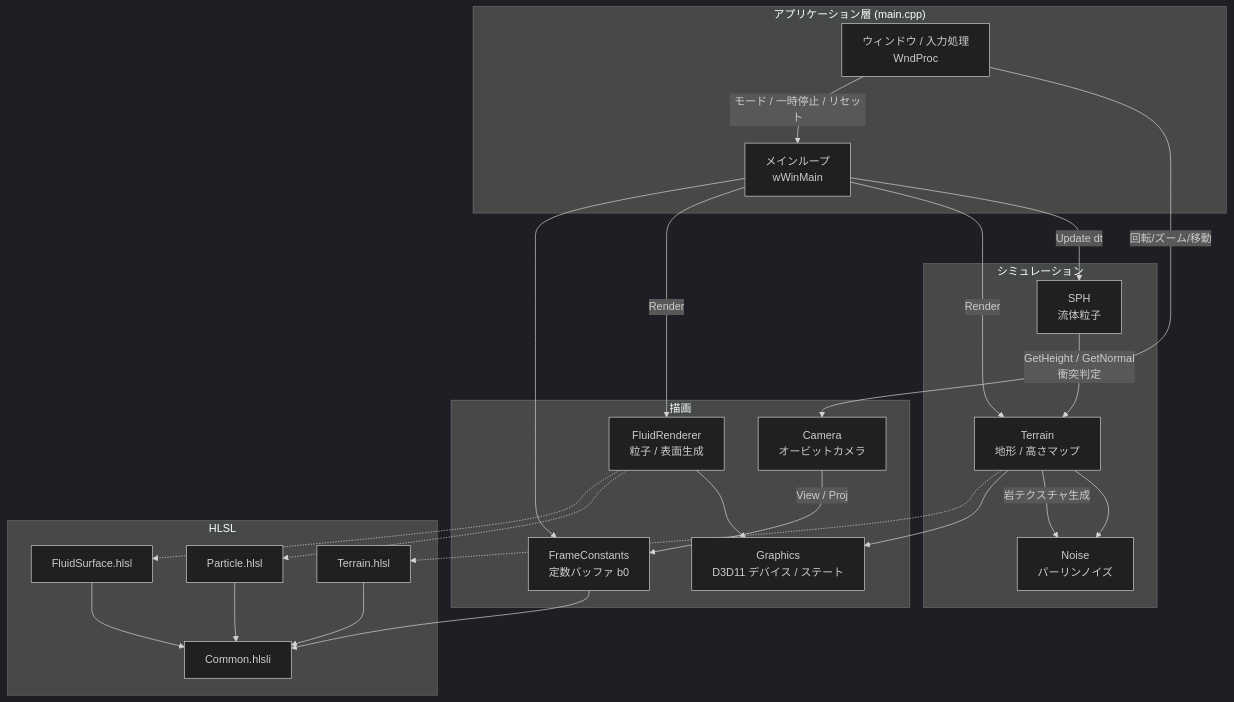
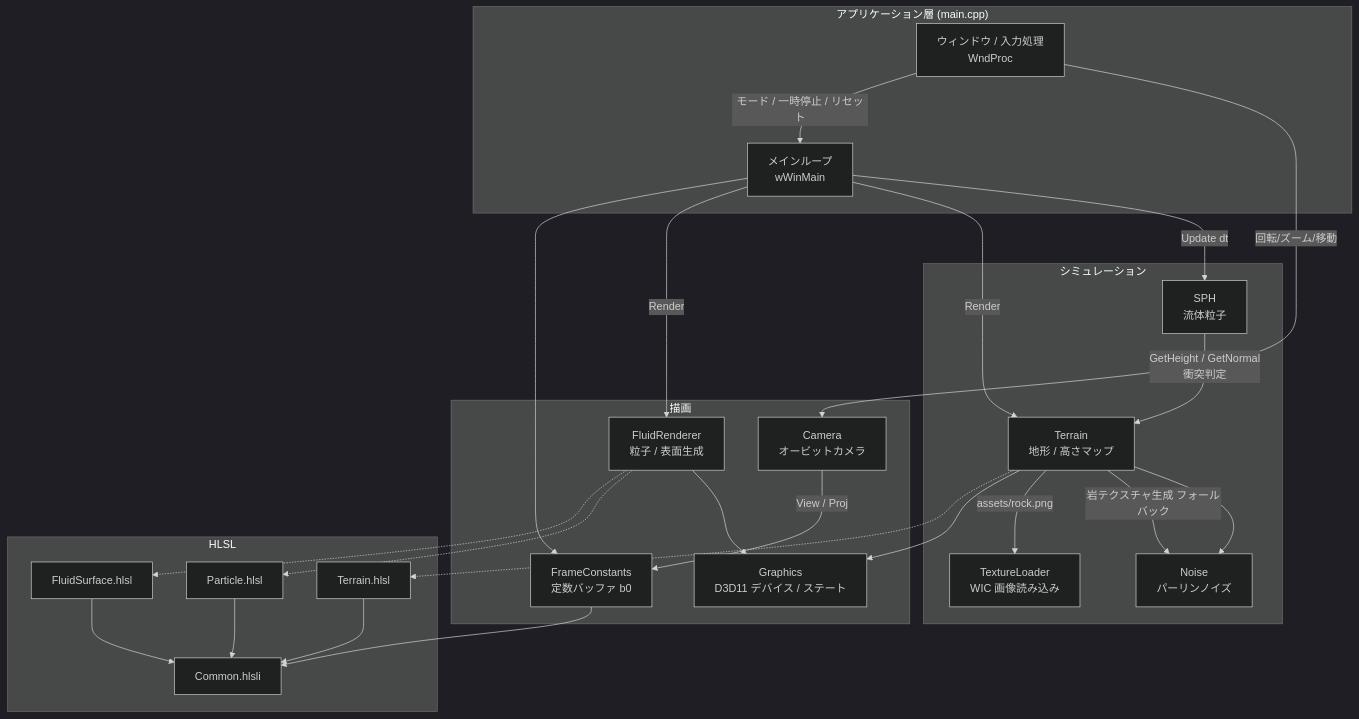
One commit to githubtarohario/water_from_mountain changed the first of 11 diagrams in docs/FLOW.md. Above: the diagram before and after it, drawn with Mermaid (dark theme). The commit also changed other lines of this file and 13 other files, not shown here.

First line of the commit message:
岩テクスチャを画像ファイル (assets/rock.png) から読み込むように変更

````diff
--- a/docs/FLOW.md
+++ b/docs/FLOW.md
@@ -7,47 +7,49 @@
 ```mermaid
 graph TB
     subgraph App["アプリケーション層 (main.cpp)"]
         WND[ウィンドウ / 入力処理<br/>WndProc]
         LOOP[メインループ<br/>wWinMain]
     end
 
     subgraph Sim["シミュレーション"]
         SPH[SPH<br/>流体粒子]
         TER[Terrain<br/>地形 / 高さマップ]
         NOISE[Noise<br/>パーリンノイズ]
+        TL[TextureLoader<br/>WIC 画像読み込み]
     end
 
     subgraph Render["描画"]
         GFX[Graphics<br/>D3D11 デバイス / ステート]
         CAM[Camera<br/>オービットカメラ]
         FR[FluidRenderer<br/>粒子 / 表面生成]
         CB[FrameConstants<br/>定数バッファ b0]
     end
 
     subgraph GPU["HLSL"]
         HT[Terrain.hlsl]
         HP[Particle.hlsl]
         HF[FluidSurface.hlsl]
         HC[Common.hlsli]
     end
 
     WND -->|回転/ズーム/移動| CAM
     WND -->|モード / 一時停止 / リセット| LOOP
     LOOP -->|Update dt| SPH
     LOOP -->|Render| TER
     LOOP -->|Render| FR
     LOOP --> CB
     SPH -->|GetHeight / GetNormal<br/>衝突判定| TER
     TER --> NOISE
-    TER -->|岩テクスチャ生成| NOISE
+    TER -->|岩テクスチャ生成 フォールバック| NOISE
+    TER -->|assets/rock.png| TL
     CAM -->|View / Proj| CB
     CB --> HC
     TER --> GFX
     FR --> GFX
     TER -.-> HT
     FR -.-> HP
     FR -.-> HF
     HT --> HC
     HP --> HC
     HF --> HC
 ```
````
